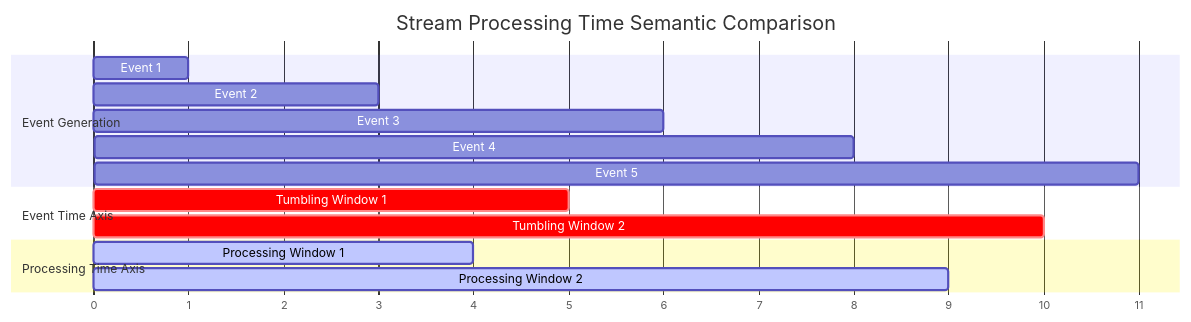
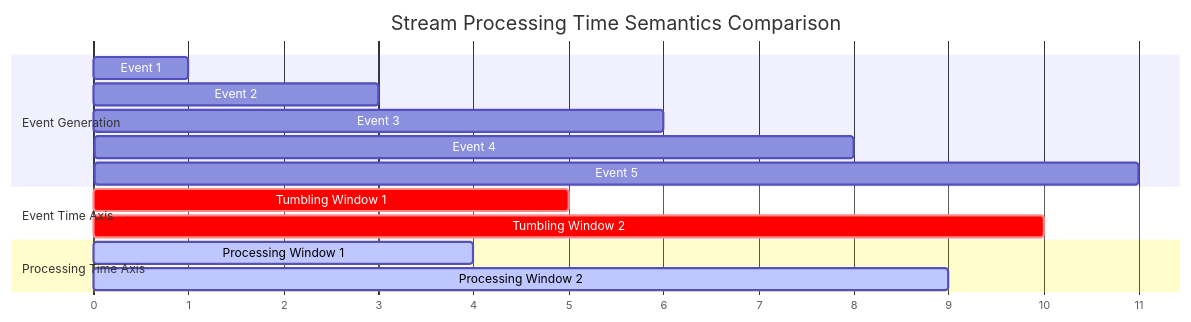
One commit to AdaMartin18010/AnalysisDataFlow changed the fifth of 5 diagrams in i18n/en/Knowledge/01-concept-atlas/01.01-stream-processing-fundamentals.md. Above: the diagram before and after it, drawn with Mermaid. The commit also changed other lines of this file and 154 other files, not shown here.

````diff
--- a/i18n/en/Knowledge/01-concept-atlas/01.01-stream-processing-fundamentals.md
+++ b/i18n/en/Knowledge/01-concept-atlas/01.01-stream-processing-fundamentals.md
@@ -1005,21 +1005,21 @@
 ```mermaid
 gantt
-    title Stream Processing Time Semantic Comparison
+    title Stream Processing Time Semantics Comparison
     dateFormat X
     axisFormat %s
 
     section Event Generation
     Event 1    :0, 1
     Event 2    :2, 3
     Event 3    :5, 6
     Event 4    :7, 8
     Event 5    :10, 11
 
     section Event Time Axis
     Tumbling Window 1 : crit, 0, 5
     Tumbling Window 2 : crit, 5, 10
 
     section Processing Time Axis
     Processing Window 1 : active, 0, 4
     Processing Window 2 : active, 4, 9
 ```
````
